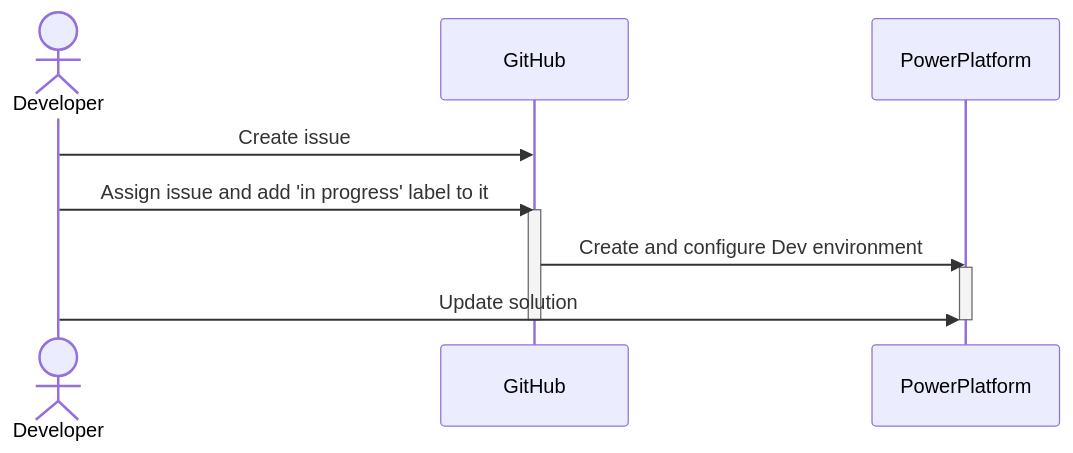
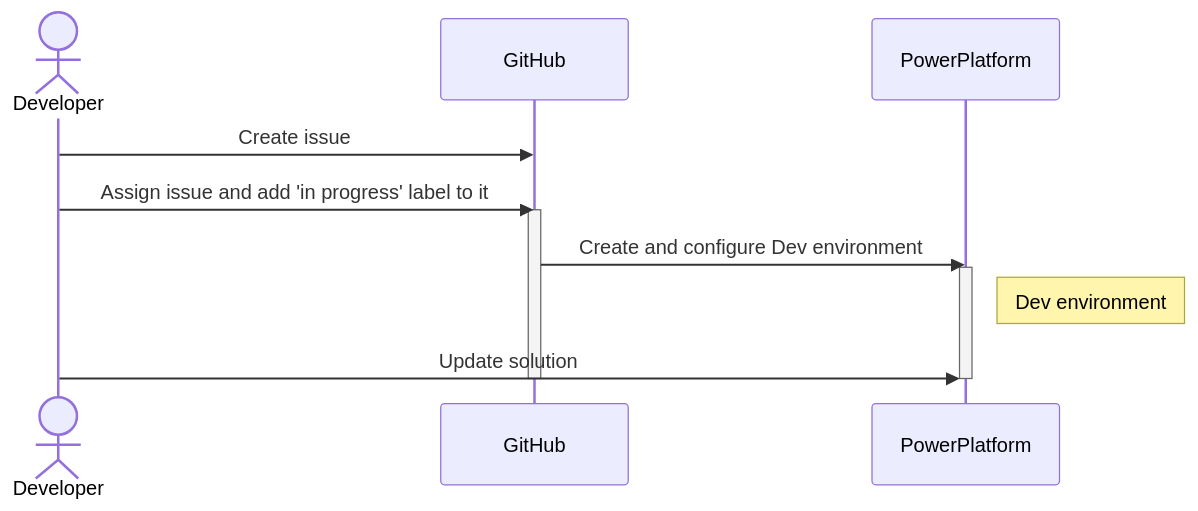
One commit to rpothin/PowerPlatform-ALM-With-GitHub-Template changed the diagram in Documentation/ALM-Strategy.md. Above: the diagram before and after it, drawn with Mermaid.

Commit message:
#222 - Initialize an overview sequence diagram for the ALM strategy

````diff
--- a/Documentation/ALM-Strategy.md
+++ b/Documentation/ALM-Strategy.md
@@ -9,14 +9,15 @@
 ```mermaid
 sequenceDiagram
     actor Developer
     participant GitHub
     participant PowerPlatform
     Developer->>GitHub: Create issue
     Developer->>GitHub: Assign issue and add 'in progress' label to it
     activate GitHub
     GitHub->>PowerPlatform: Create and configure Dev environment
     activate PowerPlatform
+    Note right of PowerPlatform: Dev environment
     Developer->>PowerPlatform: Update solution
     deactivate PowerPlatform
     deactivate GitHub
 ```
````
